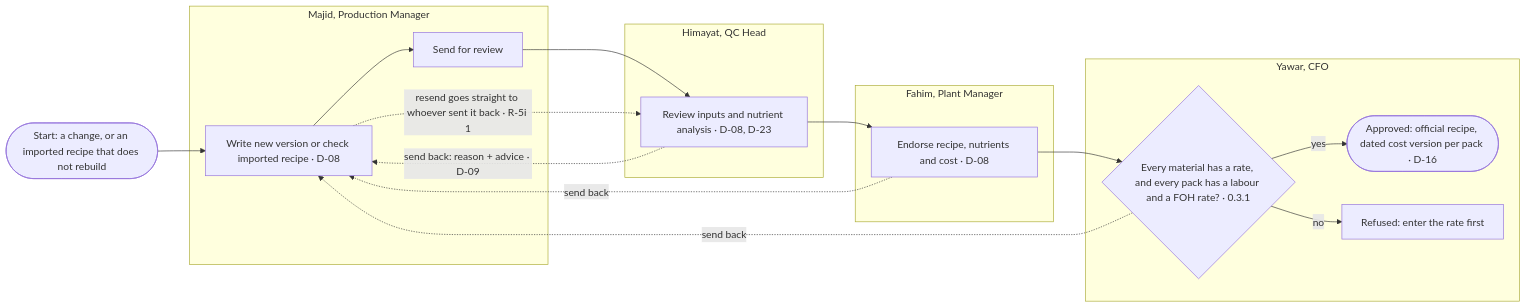
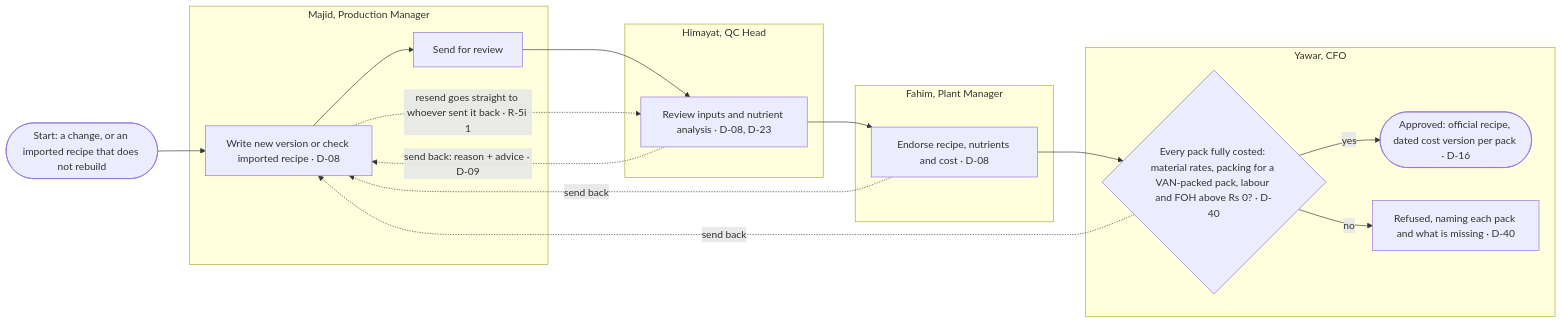
One commit to taabbas1947-eng/VAN-OP changed the first of 17 diagrams in apps/c2m/docs/01-process-flows.md. Above: the diagram before and after it, drawn with Mermaid. The commit also changed other lines of this file and 18 other files, not shown here.

````diff
--- a/apps/c2m/docs/01-process-flows.md
+++ b/apps/c2m/docs/01-process-flows.md
@@ -17,23 +19,23 @@
 ```mermaid
 flowchart LR
   S([Start: a change, or an imported recipe that does not rebuild]) --> A
   subgraph Production [Majid, Production Manager]
     A[Write new version or check imported recipe · D-08] --> B[Send for review]
   end
   subgraph QC [Himayat, QC Head]
     C[Review inputs and nutrient analysis · D-08, D-23]
   end
   subgraph Plant [Fahim, Plant Manager]
     D[Endorse recipe, nutrients and cost · D-08]
   end
   subgraph CFO [Yawar, CFO]
-    E{Every material has a rate, and every pack has a labour and a FOH rate? · 0.3.1}
+    E{Every pack fully costed: material rates, packing for a VAN-packed pack, labour and FOH above Rs 0? · D-40}
     E -- yes --> F([Approved: official recipe, dated cost version per pack · D-16])
-    E -- no --> E2[Refused: enter the rate first]
+    E -- no --> E2[Refused, naming each pack and what is missing · D-40]
   end
   B --> C --> D --> E
   C -. send back: reason + advice · D-09 .-> A
   D -. send back .-> A
   E -. send back .-> A
   A -. resend goes straight to whoever sent it back · R-5i 1 .-> C
 ```
````
